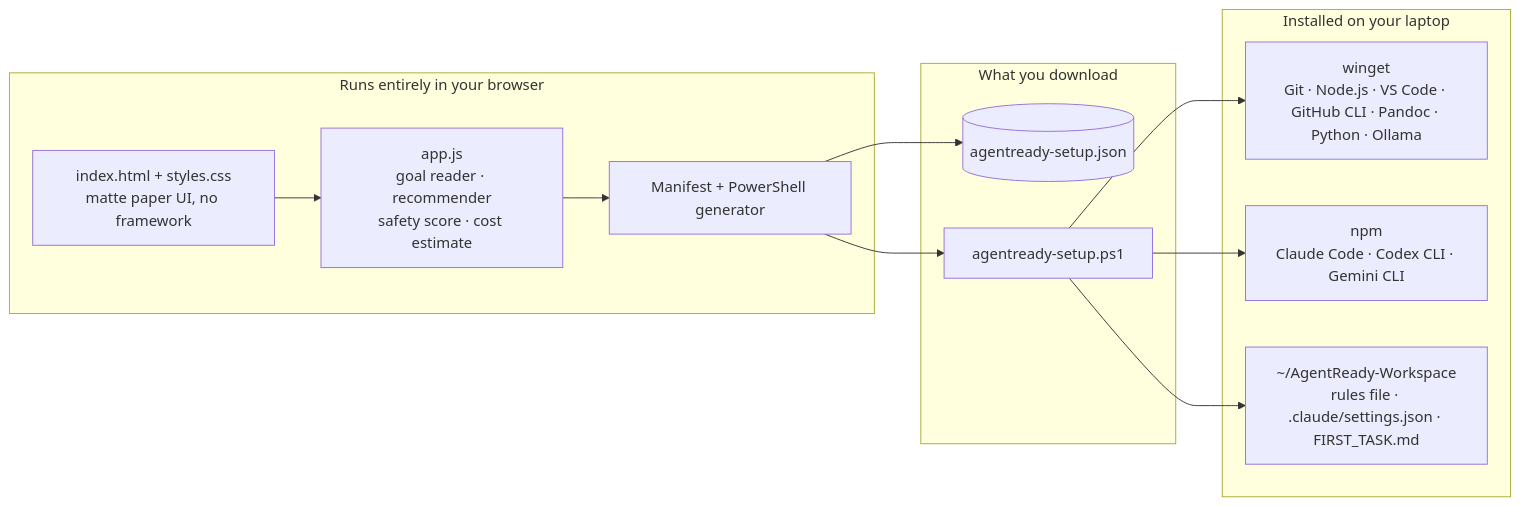
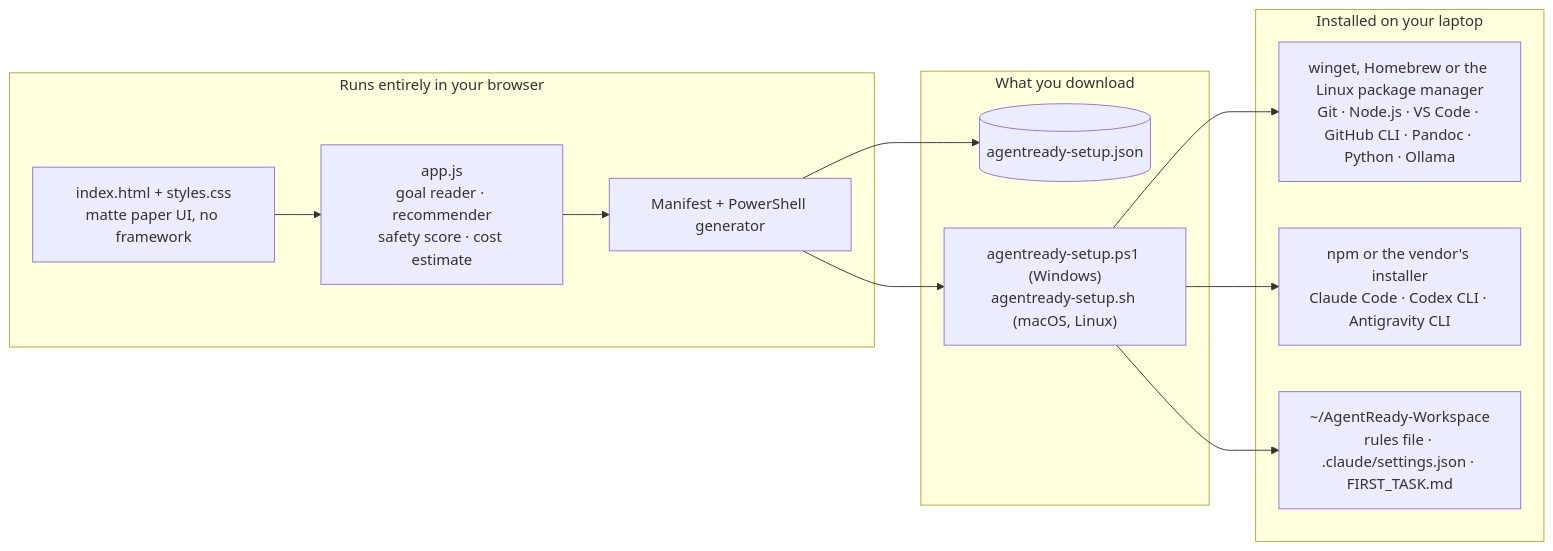
One commit to Arnav-dll/AgentReady changed the fourth of 5 diagrams in README.md. Above: the diagram before and after it, drawn with Mermaid. The commit also changed other lines of this file and 3 other files, not shown here.

First line of the commit message:
Add GPU and Models steps, a macOS/Linux installer, Antigravity CLI and a winget repair

````diff
--- a/README.md
+++ b/README.md
@@ -137,26 +143,26 @@
 ```mermaid
 flowchart LR
     subgraph Browser["Runs entirely in your browser"]
         UI["index.html + styles.css<br/>matte paper UI, no framework"]
         LOGIC["app.js<br/>goal reader · recommender<br/>safety score · cost estimate"]
         GEN["Manifest + PowerShell generator"]
         UI --> LOGIC --> GEN
     end
 
     subgraph Output["What you download"]
         JSON[("agentready-setup.json")]
-        PS1["agentready-setup.ps1"]
+        PS1["agentready-setup.ps1 (Windows)<br/>agentready-setup.sh (macOS, Linux)"]
     end
 
     subgraph Laptop["Installed on your laptop"]
-        WG["winget<br/>Git · Node.js · VS Code · GitHub CLI · Pandoc · Python · Ollama"]
-        NPM["npm<br/>Claude Code · Codex CLI · Gemini CLI"]
+        WG["winget, Homebrew or the Linux package manager<br/>Git · Node.js · VS Code · GitHub CLI · Pandoc · Python · Ollama"]
+        NPM["npm or the vendor's installer<br/>Claude Code · Codex CLI · Antigravity CLI"]
         WS["~/AgentReady-Workspace<br/>rules file · .claude/settings.json · FIRST_TASK.md"]
     end
 
     GEN --> JSON
     GEN --> PS1
     PS1 --> WG
     PS1 --> NPM
     PS1 --> WS
 ```
````
